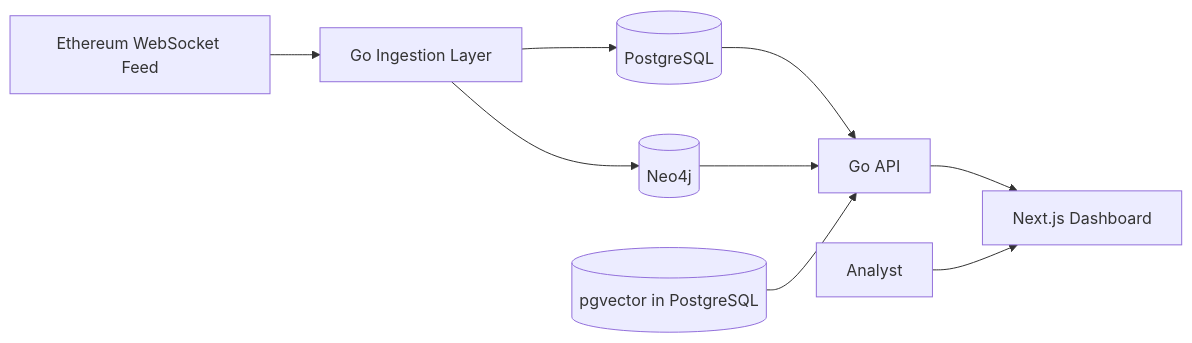
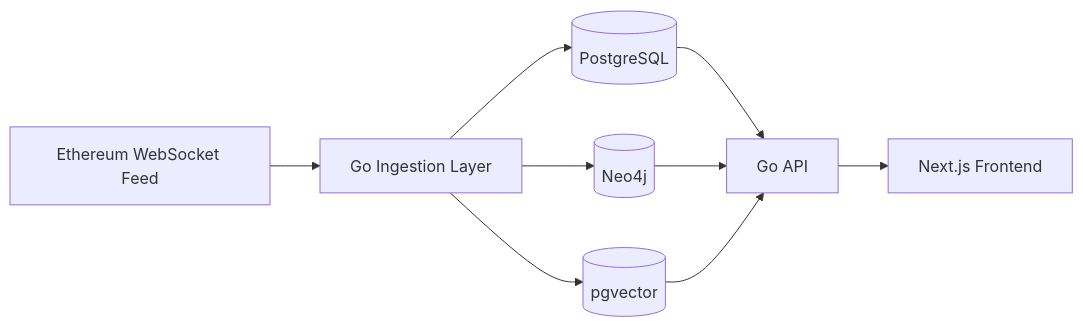
One commit to jonamarkin/forensic-listener changed the first of 2 diagrams in docs/professor-report.md. Above: the diagram before and after it, drawn with Mermaid. The commit also changed other lines of this file and 35 other files, not shown here.

````diff
--- a/docs/professor-report.md
+++ b/docs/professor-report.md
@@ -96,20 +90,19 @@
 ```mermaid
 flowchart LR
     ETH[Ethereum WebSocket Feed]
     ING[Go Ingestion Layer]
     PG[(PostgreSQL)]
     NEO[(Neo4j)]
-    VEC[(pgvector in PostgreSQL)]
+    VEC[(pgvector)]
     API[Go API]
-    WEB[Next.js Dashboard]
-    USER[Analyst]
+    WEB[Next.js Frontend]
 
     ETH --> ING
     ING --> PG
     ING --> NEO
+    ING --> VEC
     PG --> API
     NEO --> API
     VEC --> API
     API --> WEB
-    USER --> WEB
 ```
````
